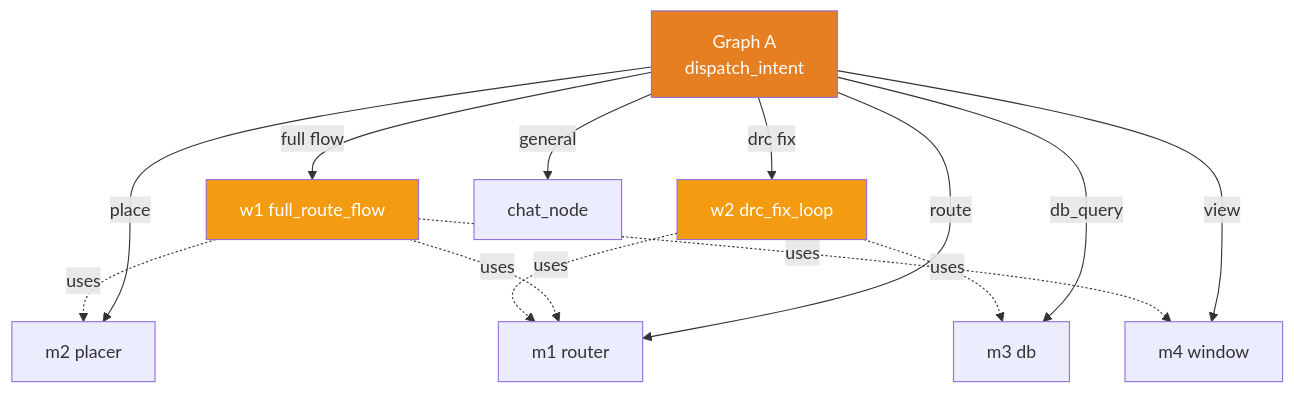
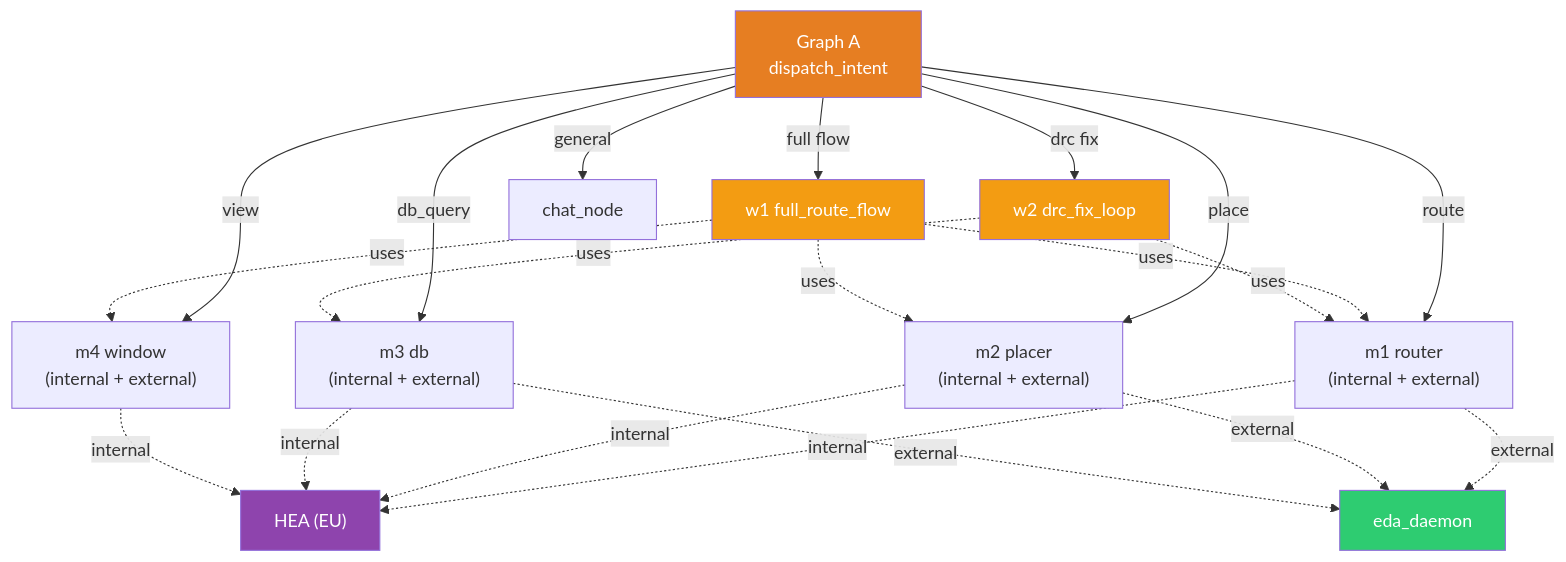
One commit to sandipanghosh81/programming changed the fifth of 11 diagrams in vlsi/docs/architecture.md. Above: the diagram before and after it, drawn with Mermaid. The commit also changed other lines of this file and 5 other files, not shown here.

````diff
--- a/vlsi/docs/architecture.md
+++ b/vlsi/docs/architecture.md
@@ -160,20 +395,30 @@
 ```mermaid
 graph TD
-    A["Graph A<br/>dispatch_intent"] -->|route| M1["m1 router"]
-    A -->|place| M2["m2 placer"]
-    A -->|db_query| M3["m3 db"]
-    A -->|view| M4["m4 window"]
+    A["Graph A<br/>dispatch_intent"] -->|route| M1["m1 router<br/>(internal + external)"]
+    A -->|place| M2["m2 placer<br/>(internal + external)"]
+    A -->|db_query| M3["m3 db<br/>(internal + external)"]
+    A -->|view| M4["m4 window<br/>(internal + external)"]
     A -->|full flow| W1["w1 full_route_flow"]
     A -->|drc fix| W2["w2 drc_fix_loop"]
     A -->|general| C["chat_node"]
+
+    M1 -. internal .-> HEA["HEA (EU)"]
+    M1 -. external .-> D["eda_daemon"]
+    M2 -. internal .-> HEA
+    M2 -. external .-> D
+    M3 -. internal .-> HEA
+    M3 -. external .-> D
+    M4 -. internal .-> HEA
 
     W1 -. uses .-> M2
     W1 -. uses .-> M1
     W1 -. uses .-> M4
     W2 -. uses .-> M3
     W2 -. uses .-> M1
 
     style A fill:#e67e22,color:#fff
     style W1 fill:#f39c12,color:#fff
     style W2 fill:#f39c12,color:#fff
+    style HEA fill:#8e44ad,color:#fff
+    style D fill:#2ecc71,color:#fff
 ```
````
